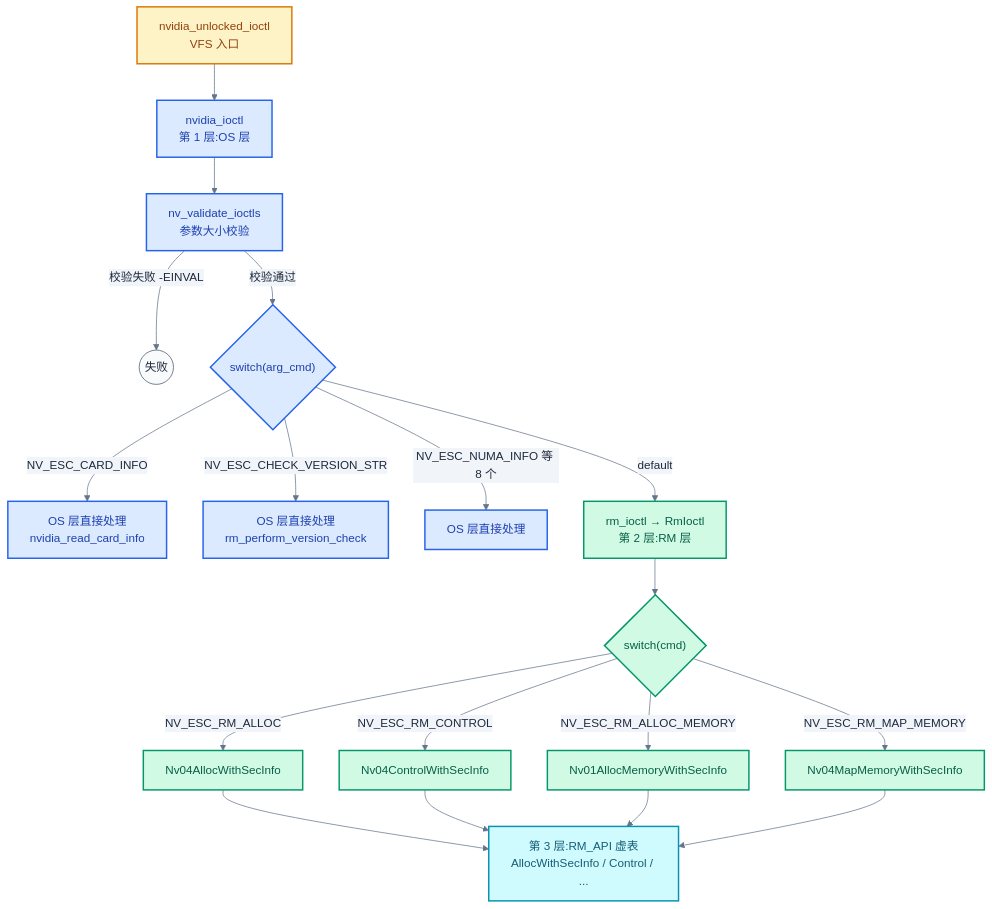
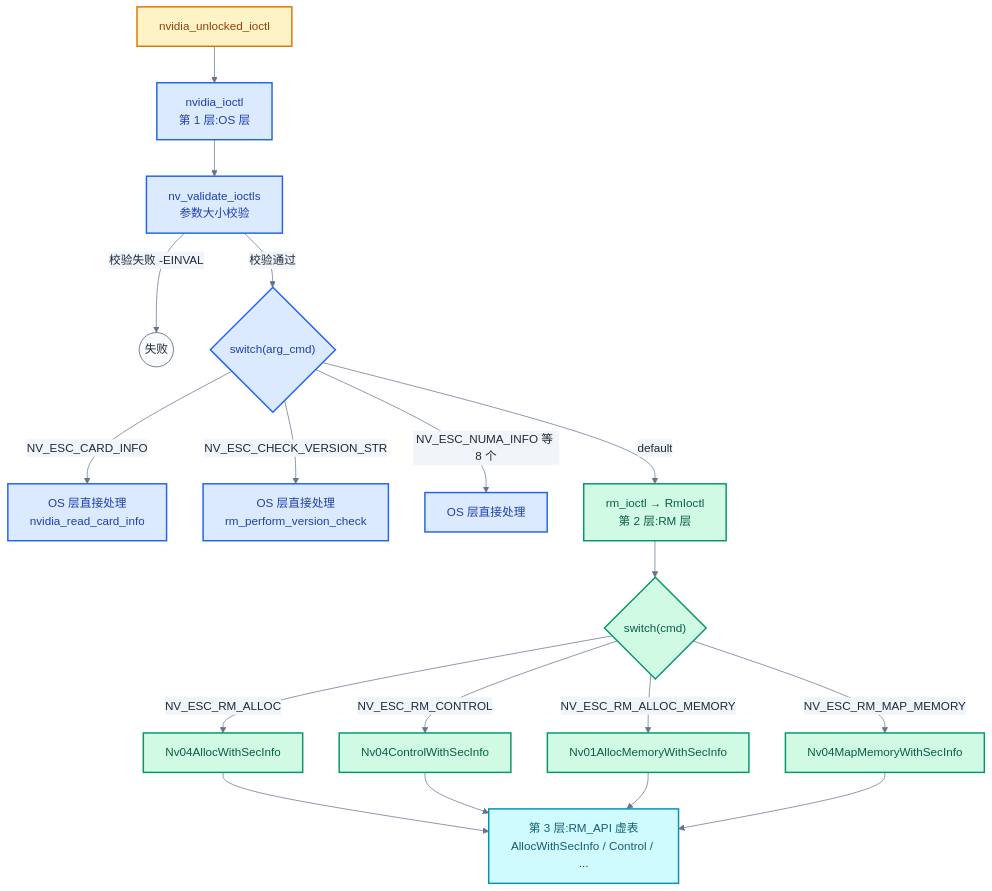
One commit to swjtuer326/cs-learning-notes changed the second of 3 diagrams in nvidia-kmd/04-字符设备与ioctl接口.md. Above: the diagram before and after it, drawn with Mermaid. The commit also changed other lines of this file and 4 other files, not shown here.

First line of the commit message:
fix(nvidia-kmd): 修正 ioctl/channel/GPFIFO/RM 对象编号与源码行号引用

````diff
--- a/nvidia-kmd/04-字符设备与ioctl接口.md
+++ b/nvidia-kmd/04-字符设备与ioctl接口.md
@@ -309,31 +309,31 @@
 ```mermaid
 %%{init: {"theme": "base", "themeVariables": {"primaryColor": "#f8fafc", "primaryTextColor": "#1e293b", "primaryBorderColor": "#475569", "lineColor": "#64748b", "secondaryColor": "#f1f5f9", "secondaryBorderColor": "#94a3b8", "tertiaryColor": "#f8fafc", "fontFamily": "\"trebuchet ms\", verdana, arial, sans-serif"}}}%%
 flowchart TD
-    Entry["nvidia_unlocked_ioctl<br/>VFS 入口"]
+    Entry["nvidia_unlocked_ioctl<br/VFS 入口"]
     Entry --> NvIoctl["nvidia_ioctl<br/>第 1 层:OS 层"]
     NvIoctl --> Validate["nv_validate_ioctls<br/>参数大小校验"]
     Validate -->|"校验失败 -EINVAL"| Fail((失败))
     Validate -->|"校验通过"| Switch1{"switch(arg_cmd)"}
     Switch1 -->|"NV_ESC_CARD_INFO"| OS1["OS 层直接处理<br/>nvidia_read_card_info"]
     Switch1 -->|"NV_ESC_CHECK_VERSION_STR"| OS2["OS 层直接处理<br/>rm_perform_version_check"]
     Switch1 -->|"NV_ESC_NUMA_INFO 等 8 个"| OS3["OS 层直接处理"]
     Switch1 -->|"default"| RmIoctl["rm_ioctl → RmIoctl<br/>第 2 层:RM 层"]
     RmIoctl --> Switch2{"switch(cmd)"}
     Switch2 -->|"NV_ESC_RM_ALLOC"| Rm1["Nv04AllocWithSecInfo"]
     Switch2 -->|"NV_ESC_RM_CONTROL"| Rm2["Nv04ControlWithSecInfo"]
     Switch2 -->|"NV_ESC_RM_ALLOC_MEMORY"| Rm3["Nv01AllocMemoryWithSecInfo"]
     Switch2 -->|"NV_ESC_RM_MAP_MEMORY"| Rm4["Nv04MapMemoryWithSecInfo"]
     Rm1 --> RmApi["第 3 层:RM_API 虚表<br/>AllocWithSecInfo / Control / ..."]
     Rm2 --> RmApi
     Rm3 --> RmApi
     Rm4 --> RmApi
 
     classDef entry fill:#fef3c7,stroke:#d97706,color:#92400e,stroke-width:2px
     classDef os fill:#dbeafe,stroke:#2563eb,color:#1e40af,stroke-width:2px
     classDef rm fill:#d1fae5,stroke:#059669,color:#065f46,stroke-width:2px
     classDef api fill:#cffafe,stroke:#0891b2,color:#155e75,stroke-width:2px
     class Entry entry
     class NvIoctl,Validate,Switch1,OS1,OS2,OS3 os
     class RmIoctl,Switch2,Rm1,Rm2,Rm3,Rm4 rm
     class RmApi api
 ```
````
